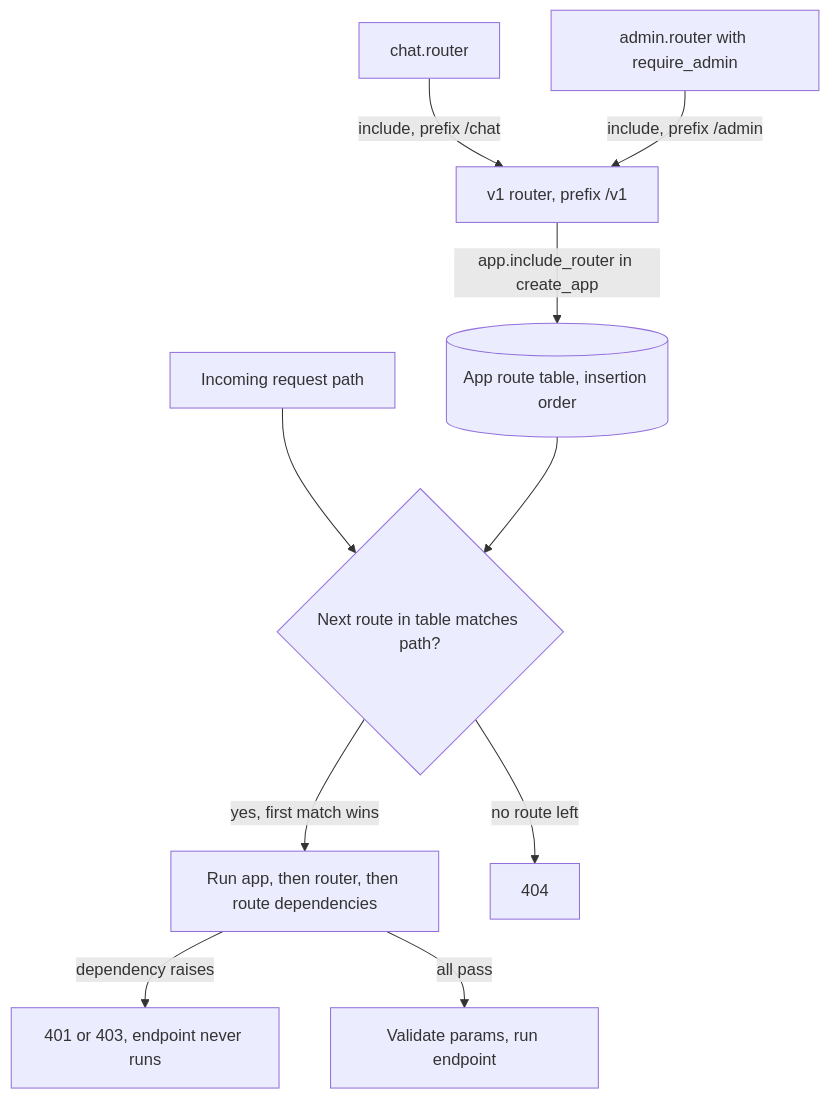
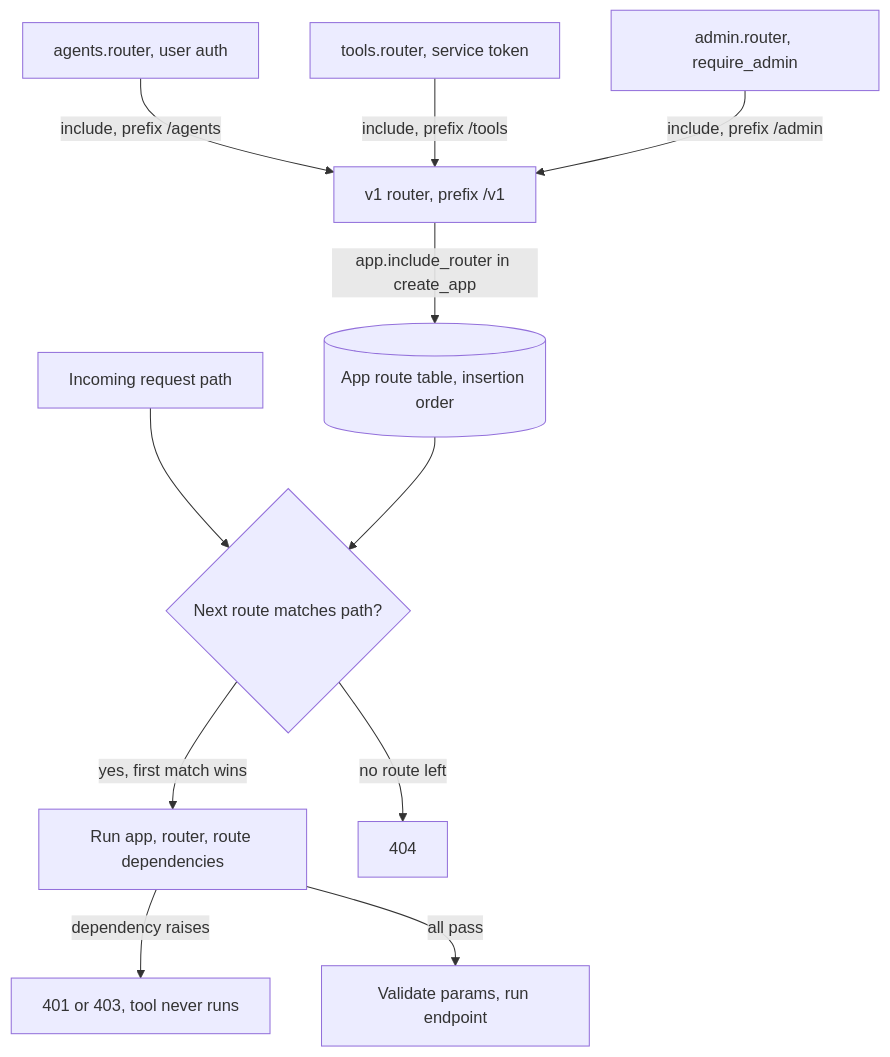
The diagram in content/fastapi-for-ai/routers.md (lovishmahajan97/agentic-learning), drawn with Mermaid before and after one commit. The commit also changed other lines of this file and 266 other files, not shown here.

````diff
--- a/content/fastapi-for-ai/routers.md
+++ b/content/fastapi-for-ai/routers.md
@@ -101,12 +121,13 @@
 ```mermaid
 flowchart TD
-    C["chat.router"] -->|"include, prefix /chat"| V1["v1 router, prefix /v1"]
-    A["admin.router with require_admin"] -->|"include, prefix /admin"| V1
+    C["agents.router, user auth"] -->|"include, prefix /agents"| V1["v1 router, prefix /v1"]
+    TL["tools.router, service token"] -->|"include, prefix /tools"| V1
+    A["admin.router, require_admin"] -->|"include, prefix /admin"| V1
     V1 -->|"app.include_router in create_app"| T[("App route table, insertion order")]
-    R["Incoming request path"] --> M{"Next route in table matches path?"}
+    R["Incoming request path"] --> M{"Next route matches path?"}
     T --> M
-    M -->|"yes, first match wins"| D["Run app, then router, then route dependencies"]
-    D -->|"dependency raises"| E["401 or 403, endpoint never runs"]
+    M -->|"yes, first match wins"| D["Run app, router, route dependencies"]
+    D -->|"dependency raises"| E["401 or 403, tool never runs"]
     D -->|"all pass"| H["Validate params, run endpoint"]
     M -->|"no route left"| N["404"]
 ```
````
